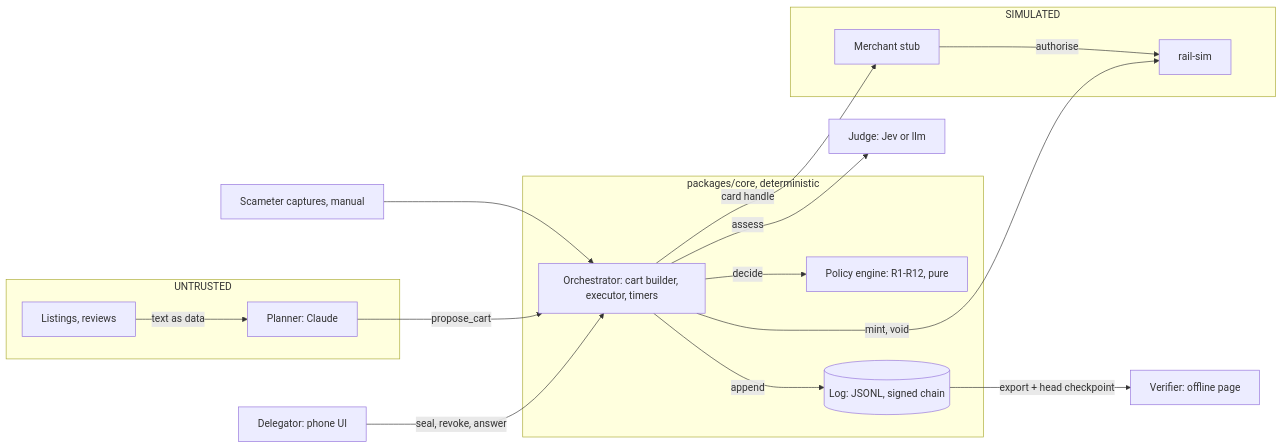
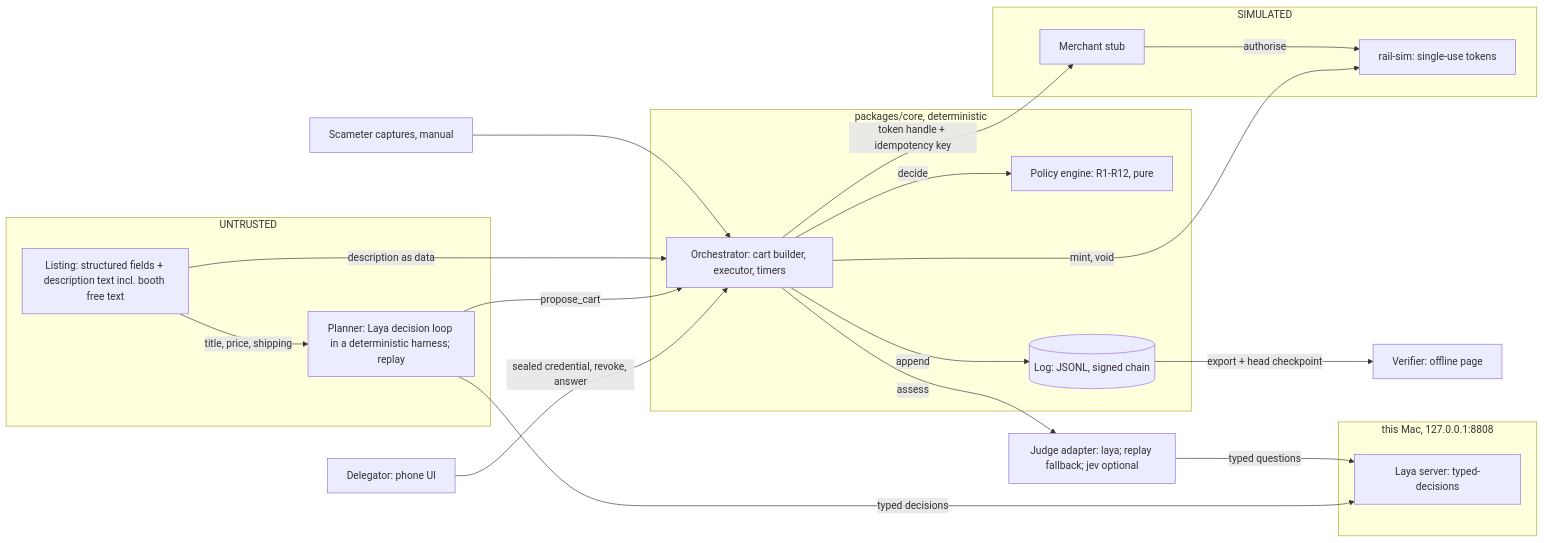
The first of 9 diagrams in docs/02-architecture.md (Leocthl/wally), drawn with Mermaid before and after one commit. The commit also changed other lines of this file and 24 other files, not shown here.

First line of the commit message:
docs: sync every doc with the organiser pack, the Laya-only stack and the booth-first format

````diff
--- a/docs/02-architecture.md
+++ b/docs/02-architecture.md
@@ -7,27 +7,33 @@
 ```mermaid
 flowchart LR
   subgraph UNTRUSTED
-    LS[Listings, reviews]
-    P[Planner: Claude]
+    LS[Listing: structured fields + description text incl. booth free text]
+    P[Planner: Laya decision loop in a deterministic harness; replay]
+  end
+  subgraph LOCAL[this Mac, 127.0.0.1:8808]
+    LY[Laya server: typed-decisions]
   end
   subgraph CORE[packages/core, deterministic]
     O[Orchestrator: cart builder, executor, timers]
     E[Policy engine: R1-R12, pure]
     LG[(Log: JSONL, signed chain)]
   end
   subgraph SIM[SIMULATED]
-    R[rail-sim]
+    R[rail-sim: single-use tokens]
     M[Merchant stub]
   end
-  D[Delegator: phone UI] -- seal, revoke, answer --> O
-  LS -- text as data --> P
+  D[Delegator: phone UI] -- sealed credential, revoke, answer --> O
+  LS -- title, price, shipping --> P
+  P -- typed decisions --> LY
   P -- propose_cart --> O
-  O -- assess --> J[Judge: Jev or llm]
+  LS -- description as data --> O
+  O -- assess --> J[Judge adapter: laya; replay fallback; jev optional]
+  J -- typed questions --> LY
   O -- decide --> E
   O -- append --> LG
   O -- mint, void --> R
-  O -- card handle --> M
+  O -- token handle + idempotency key --> M
   M -- authorise --> R
   SC[Scameter captures, manual] --> O
   LG -- export + head checkpoint --> V[Verifier: offline page]
 ```
````
